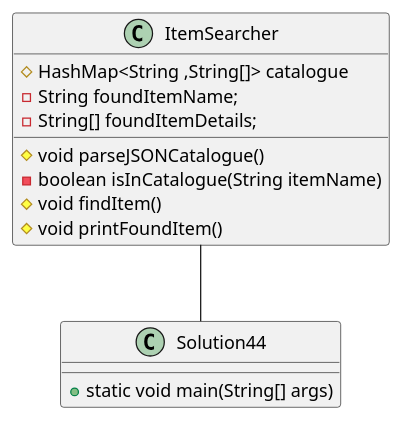
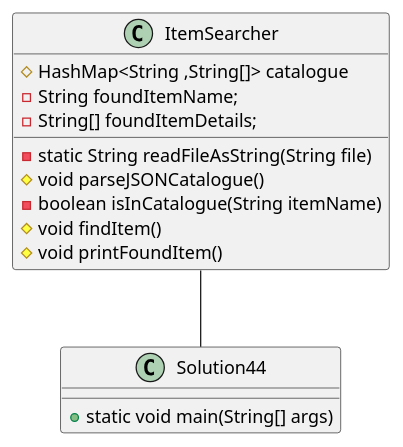
One commit to CATastrophic141/Simpson-a04 changed the diagram in exercise44/docs/Solution44UMLdiagram.puml. Above: the diagram before and after it, drawn with PlantUML. The commit also changed 5 other files, not shown here.

```diff
--- a/exercise44/docs/Solution44UMLdiagram.puml
+++ b/exercise44/docs/Solution44UMLdiagram.puml
@@ -1,20 +1,21 @@
 @startuml
 'https://plantuml.com/sequence-diagram
 
 class ItemSearcher {
  # HashMap<String ,String[]> catalogue
  - String foundItemName;
  - String[] foundItemDetails;
 
+ - static String readFileAsString(String file)
  # void parseJSONCatalogue()
  - boolean isInCatalogue(String itemName)
  # void findItem()
  # void printFoundItem()
 }
 
 class Solution44 {
  + static void main(String[] args)
 }
 
 ItemSearcher -- Solution44
 @enduml
```
